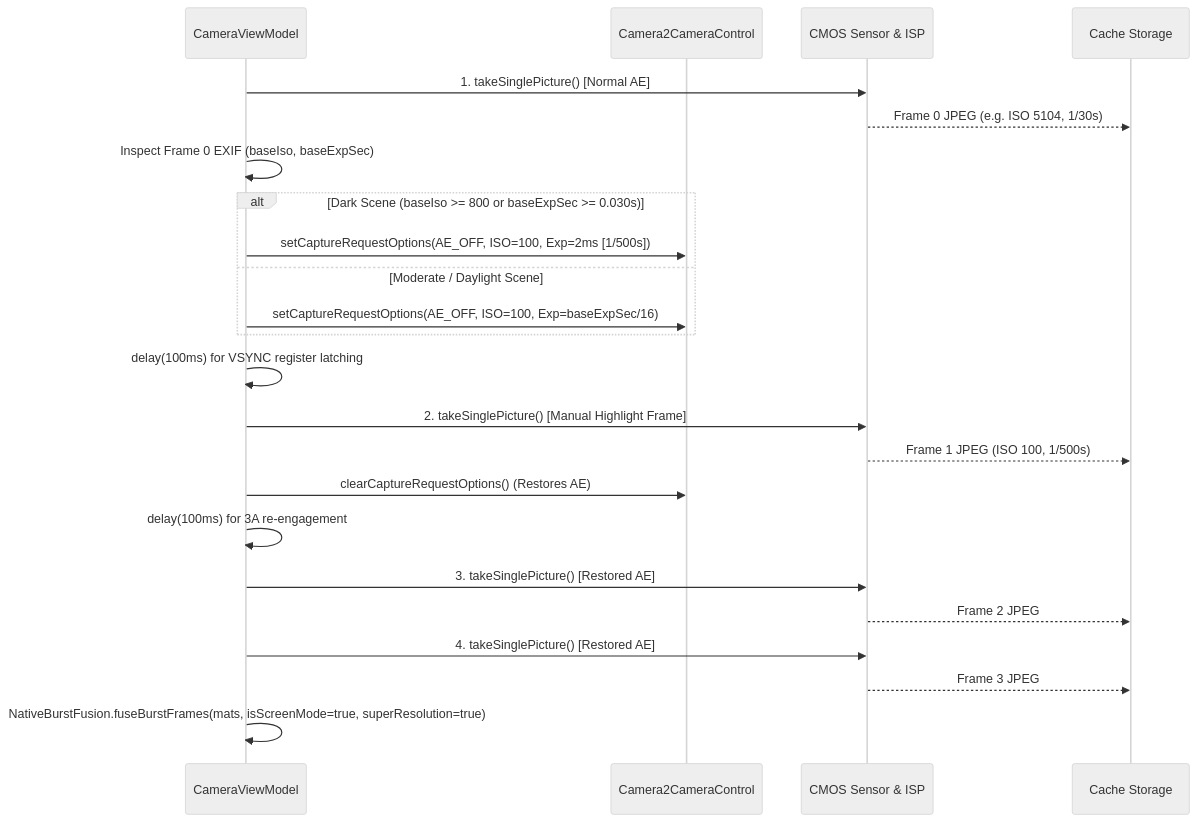
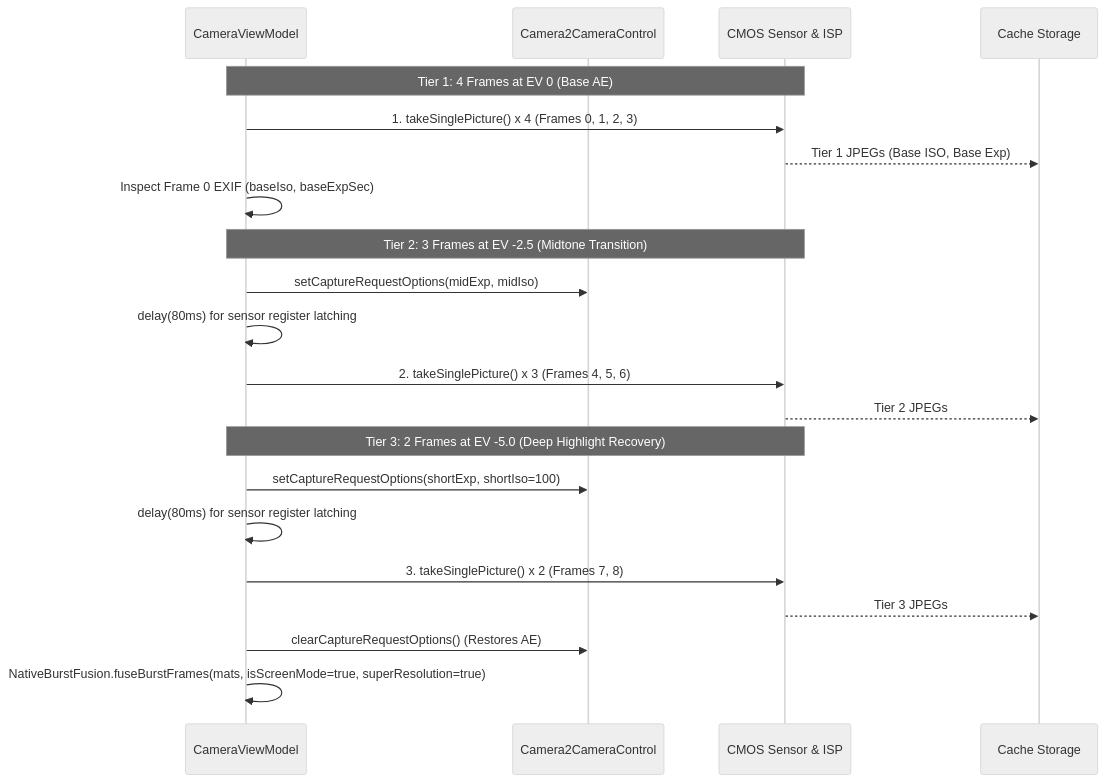
One commit to eviau512/Hachimi-Scan changed the diagram in specs/SPEC_01_CAMERA_AND_CAPTURE_PIPELINE.md. Above: the diagram before and after it, drawn with Mermaid (neutral theme). The commit also changed other lines of this file and 4 other files, not shown here.

Commit message:
feat(hdr): implement Apple Deep Fusion 9-frame exposure pyramid and OpenCV MergeMertens Laplacian fusion (v11)

````diff
--- a/specs/SPEC_01_CAMERA_AND_CAPTURE_PIPELINE.md
+++ b/specs/SPEC_01_CAMERA_AND_CAPTURE_PIPELINE.md
@@ -79,30 +78,27 @@
 ```mermaid
 sequenceDiagram
     participant VM as CameraViewModel
     participant C2 as Camera2CameraControl
     participant S as CMOS Sensor & ISP
     participant Storage as Cache Storage
 
-    VM->>S: 1. takeSinglePicture() [Normal AE]
-    S-->>Storage: Frame 0 JPEG (e.g. ISO 5104, 1/30s)
+    Note over VM,S: Tier 1: 4 Frames at EV 0 (Base AE)
+    VM->>S: 1. takeSinglePicture() x 4 (Frames 0, 1, 2, 3)
+    S-->>Storage: Tier 1 JPEGs (Base ISO, Base Exp)
     VM->>VM: Inspect Frame 0 EXIF (baseIso, baseExpSec)
 
-    alt Dark Scene (baseIso >= 800 or baseExpSec >= 0.030s)
-        VM->>C2: setCaptureRequestOptions(AE_OFF, ISO=100, Exp=2ms [1/500s])
-    else Moderate / Daylight Scene
-        VM->>C2: setCaptureRequestOptions(AE_OFF, ISO=100, Exp=baseExpSec/16)
-    end
+    Note over VM,S: Tier 2: 3 Frames at EV -2.5 (Midtone Transition)
+    VM->>C2: setCaptureRequestOptions(midExp, midIso)
+    VM->>VM: delay(80ms) for sensor register latching
+    VM->>S: 2. takeSinglePicture() x 3 (Frames 4, 5, 6)
+    S-->>Storage: Tier 2 JPEGs
 
-    VM->>VM: delay(100ms) for VSYNC register latching
-    VM->>S: 2. takeSinglePicture() [Manual Highlight Frame]
-    S-->>Storage: Frame 1 JPEG (ISO 100, 1/500s)
+    Note over VM,S: Tier 3: 2 Frames at EV -5.0 (Deep Highlight Recovery)
+    VM->>C2: setCaptureRequestOptions(shortExp, shortIso=100)
+    VM->>VM: delay(80ms) for sensor register latching
+    VM->>S: 3. takeSinglePicture() x 2 (Frames 7, 8)
+    S-->>Storage: Tier 3 JPEGs
 
     VM->>C2: clearCaptureRequestOptions() (Restores AE)
-    VM->>VM: delay(100ms) for 3A re-engagement
-    VM->>S: 3. takeSinglePicture() [Restored AE]
-    S-->>Storage: Frame 2 JPEG
-    VM->>S: 4. takeSinglePicture() [Restored AE]
-    S-->>Storage: Frame 3 JPEG
-
     VM->>VM: NativeBurstFusion.fuseBurstFrames(mats, isScreenMode=true, superResolution=true)
 ```
````
